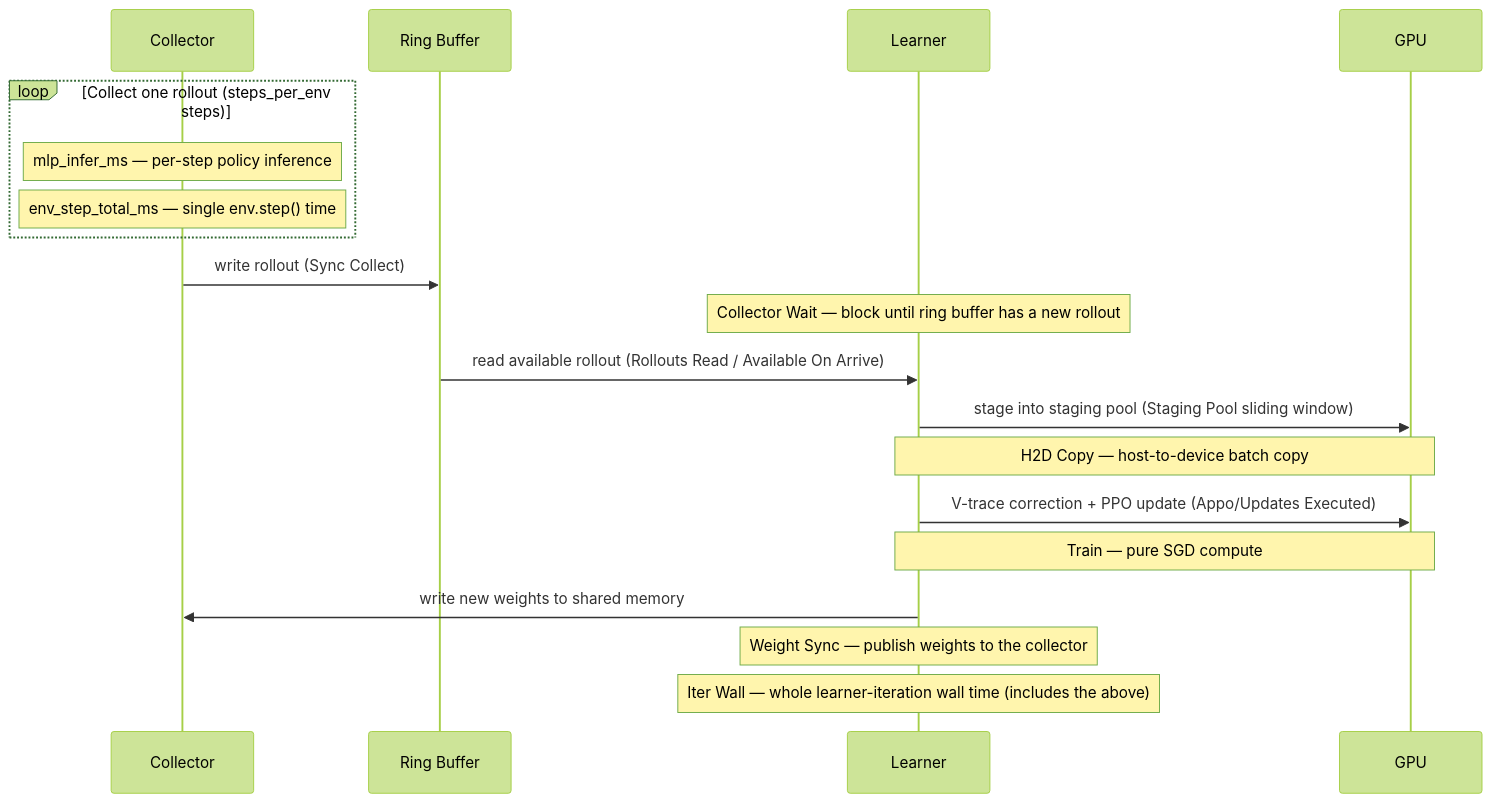
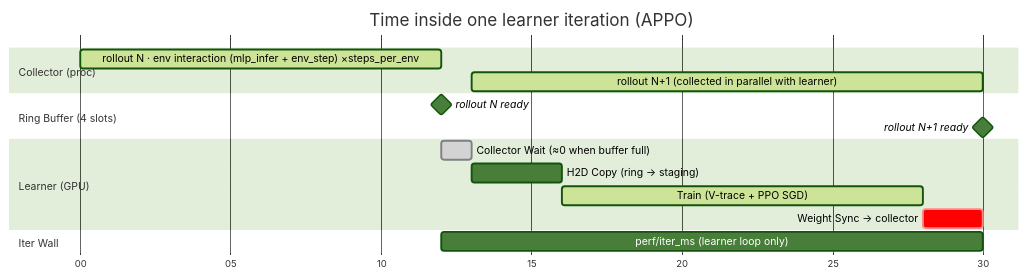
One commit to Motphys/UniLab changed the diagram in docs/sphinx/source/en/2-user_guide/1-training/3-logging.md. Above: the diagram before and after it, drawn with Mermaid (forest theme). The commit also changed other lines of this file and 3 other files, not shown here.

````diff
--- a/docs/sphinx/source/en/2-user_guide/1-training/3-logging.md
+++ b/docs/sphinx/source/en/2-user_guide/1-training/3-logging.md
@@ -122,21 +122,23 @@
 ```{mermaid}
-sequenceDiagram
-    participant C as Collector
-    participant R as Ring Buffer
-    participant L as Learner
-    participant G as GPU
-    loop Collect one rollout (steps_per_env steps)
-        Note over C: mlp_infer_ms — per-step policy inference
-        Note over C: env_step_total_ms — single env.step() time
-    end
-    C->>R: write rollout (Sync Collect)
-    Note over L: Collector Wait — block until ring buffer has a new rollout
-    R->>L: read available rollout (Rollouts Read / Available On Arrive)
-    L->>G: stage into staging pool (Staging Pool sliding window)
-    Note over L,G: H2D Copy — host-to-device batch copy
-    L->>G: V-trace correction + PPO update (Appo/Updates Executed)
-    Note over L,G: Train — pure SGD compute
-    L->>C: write new weights to shared memory
-    Note over L: Weight Sync — publish weights to the collector
-    Note over L: Iter Wall — whole learner-iteration wall time (includes the above)
+gantt
+    title Time inside one learner iteration (APPO)
+    dateFormat x
+    axisFormat %S
+
+    section Collector (proc)
+    rollout N · env interaction (mlp_infer + env_step) ×steps_per_env :active, c0, 0, 12000
+    rollout N+1 (collected in parallel with learner)                  :active, c1, 13000, 30000
+
+    section Ring Buffer (4 slots)
+    rollout N ready    :milestone, r0, 12000, 12000
+    rollout N+1 ready  :milestone, r1, 30000, 30000
+
+    section Learner (GPU)
+    Collector Wait (≈0 when buffer full)  :done,   l0, 12000, 13000
+    H2D Copy (ring → staging)             :        l1, 13000, 16000
+    Train (V-trace + PPO SGD)             :active, l2, 16000, 28000
+    Weight Sync → collector               :crit,   l3, 28000, 30000
+
+    section Iter Wall
+    perf/iter_ms (learner loop only)      :        l4, 12000, 30000
 ```
````
